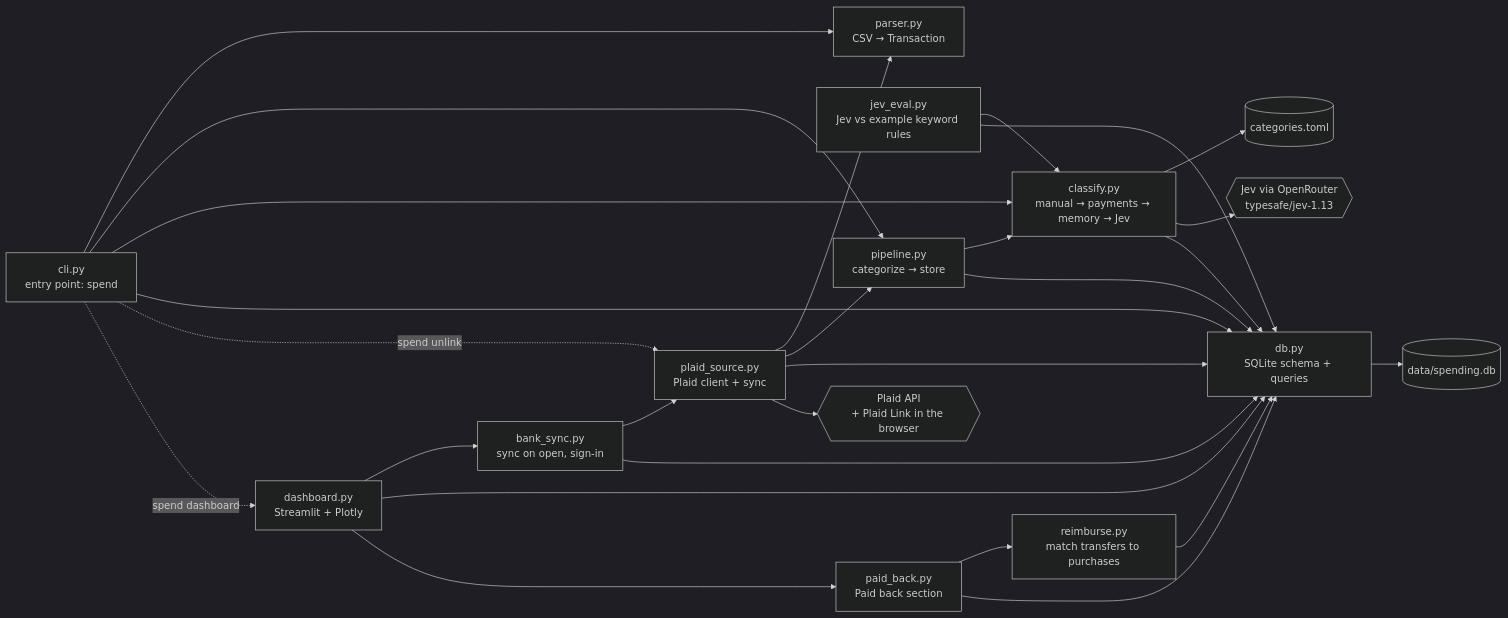
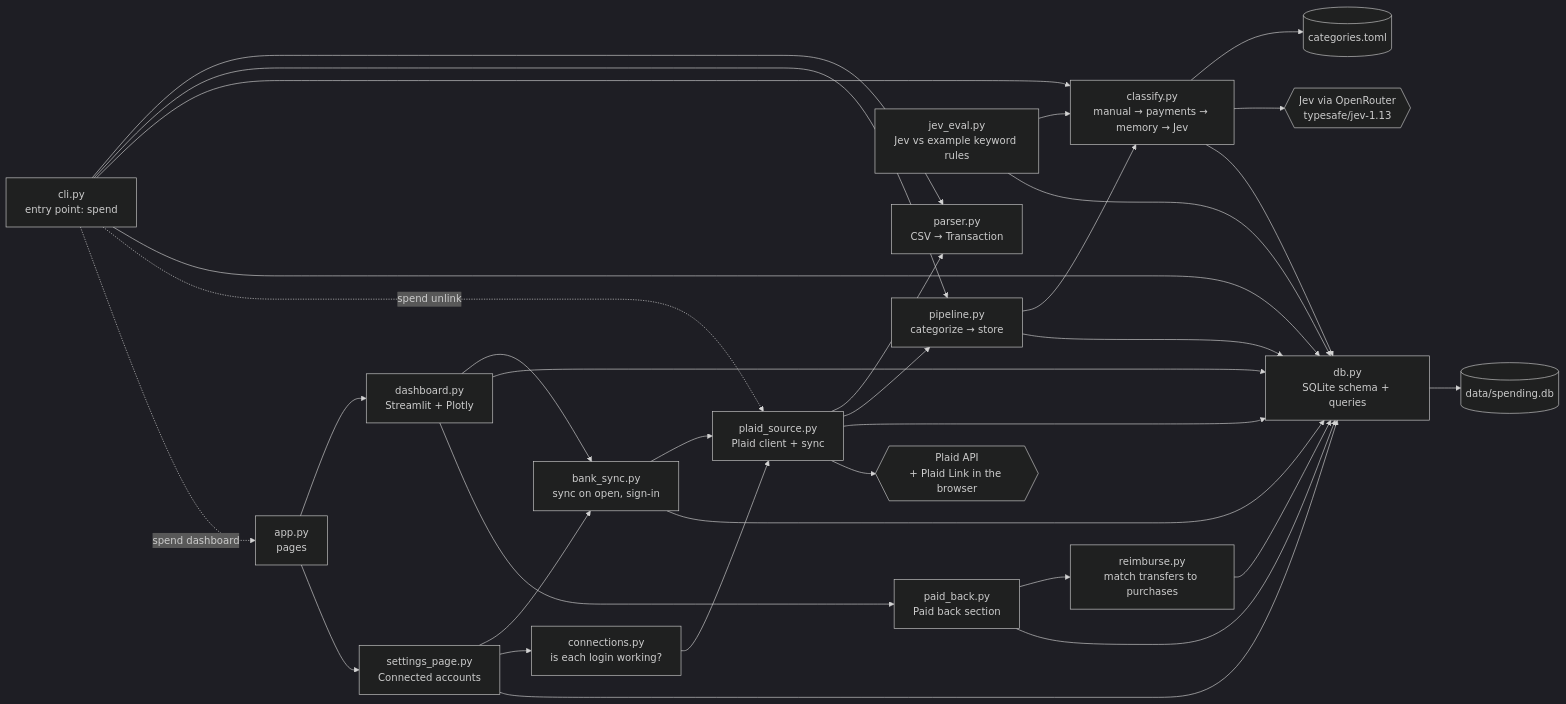
The second of 4 diagrams in CONTRIBUTING.md (alessandrofelici/spending-tracker), drawn with Mermaid (dark theme) before and after one commit. The commit also changed other lines of this file and 1 other file, not shown here.

Commit message:
docs: describe the Connected accounts page
How to see which bank logins are connected and whether they work, what
each status means, and how to switch or disconnect one login without
`spend unlink`. CONTRIBUTING lists the new files and dependencies.

````diff
--- a/CONTRIBUTING.md
+++ b/CONTRIBUTING.md
@@ -131,45 +134,54 @@
 ```mermaid
 flowchart LR
     cli["cli.py<br/>entry point: spend"]
     parser["parser.py<br/>CSV → Transaction"]
     classify["classify.py<br/>manual → payments → memory → Jev"]
     db["db.py<br/>SQLite schema + queries"]
+    app["app.py<br/>pages"]
     dash["dashboard.py<br/>Streamlit + Plotly"]
+    settings["settings_page.py<br/>Connected accounts"]
+    conns["connections.py<br/>is each login working?"]
     jeval["jev_eval.py<br/>Jev vs example keyword rules"]
     pipeline["pipeline.py<br/>categorize → store"]
     banksync["bank_sync.py<br/>sync on open, sign-in"]
     plaidsrc["plaid_source.py<br/>Plaid client + sync"]
     paidback["paid_back.py<br/>Paid back section"]
     reimb["reimburse.py<br/>match transfers to purchases"]
     toml[("categories.toml")]
     sqlite[("data/spending.db")]
     llm{{"Jev via OpenRouter<br/>typesafe/jev-1.13"}}
     plaid{{"Plaid API<br/>+ Plaid Link in the browser"}}
 
     cli --> parser
     cli --> pipeline
     cli --> classify
     cli --> db
     cli -. "spend unlink" .-> plaidsrc
-    cli -. "spend dashboard" .-> dash
+    cli -. "spend dashboard" .-> app
+    app --> dash
+    app --> settings
     pipeline --> classify
     pipeline --> db
     classify --> toml
     classify --> llm
     classify --> db
     dash --> banksync
+    settings --> banksync
+    settings --> conns
+    settings --> db
+    conns --> plaidsrc
     dash --> db
     dash --> paidback
     paidback --> reimb
     paidback --> db
     reimb --> db
     banksync --> plaidsrc
     banksync --> db
     plaidsrc --> parser
     plaidsrc --> pipeline
     plaidsrc --> db
     plaidsrc --> plaid
     jeval --> classify
     jeval --> db
     db --> sqlite
 ```
````
